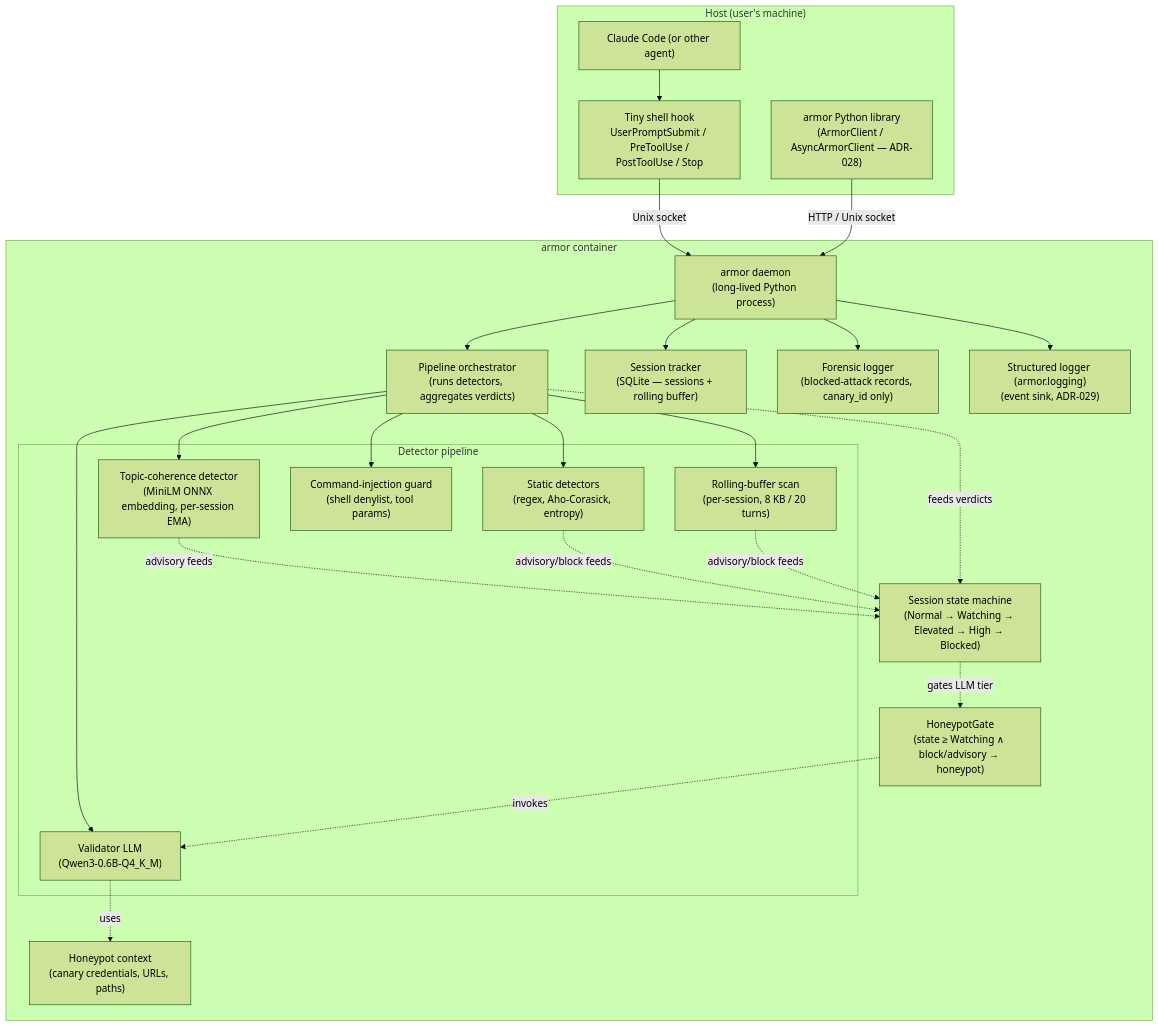
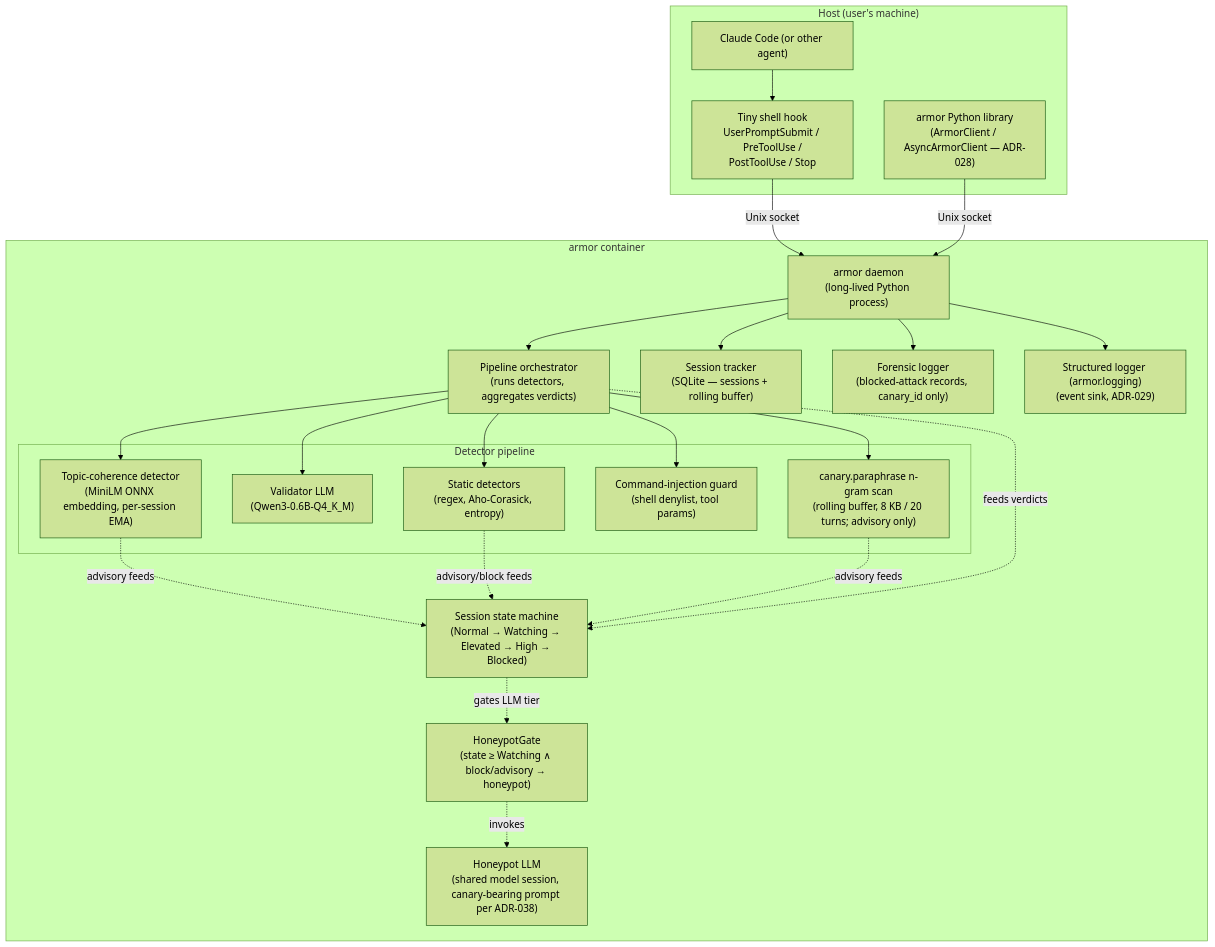
One commit to tkdtaylor/armor changed the second of 9 diagrams in docs/architecture/diagrams.md. Above: the diagram before and after it, drawn with Mermaid (forest theme). The commit also changed other lines of this file and 103 other files, not shown here.

````diff
--- a/docs/architecture/diagrams.md
+++ b/docs/architecture/diagrams.md
@@ -58,50 +58,49 @@
 ```mermaid
 flowchart TB
     subgraph Host["Host (user's machine)"]
         CC["Claude Code (or other agent)"]
         Hook["Tiny shell hook<br/>UserPromptSubmit / PreToolUse /<br/>PostToolUse / Stop"]
         Lib["armor Python library<br/>(ArmorClient / AsyncArmorClient — ADR-028)"]
     end
 
     subgraph Container["armor container"]
         Daemon["armor daemon<br/>(long-lived Python process)"]
 
         PipelineOrch["Pipeline orchestrator<br/>(runs detectors, aggregates verdicts)"]
 
         subgraph Detectors["Detector pipeline"]
             Static["Static detectors<br/>(regex, Aho-Corasick, entropy)"]
             Validator["Validator LLM<br/>(Qwen3-0.6B-Q4_K_M)"]
             Topic["Topic-coherence detector<br/>(MiniLM ONNX embedding, per-session EMA)"]
             CmdGuard["Command-injection guard<br/>(shell denylist, tool params)"]
-            Rolling["Rolling-buffer scan<br/>(per-session, 8 KB / 20 turns)"]
+            Rolling["canary.paraphrase n-gram scan<br/>(rolling buffer, 8 KB / 20 turns; advisory only)"]
         end
 
         HoneypotGate["HoneypotGate<br/>(state ≥ Watching ∧ block/advisory → honeypot)"]
 
         FSM["Session state machine<br/>(Normal → Watching → Elevated → High → Blocked)"]
         Session["Session tracker<br/>(SQLite — sessions + rolling buffer)"]
         Forensic["Forensic logger<br/>(blocked-attack records, canary_id only)"]
-        Honeypot["Honeypot context<br/>(canary credentials, URLs, paths)"]
+        Honeypot["Honeypot LLM<br/>(shared model session, canary-bearing prompt per ADR-038)"]
         Logger["Structured logger (armor.logging)<br/>(event sink, ADR-029)"]
     end
 
     CC --> Hook
     Hook -->|Unix socket| Daemon
-    Lib -->|HTTP / Unix socket| Daemon
+    Lib -->|Unix socket| Daemon
     Daemon --> PipelineOrch
     PipelineOrch --> Static
     PipelineOrch --> Validator
     PipelineOrch --> Topic
     PipelineOrch --> CmdGuard
     PipelineOrch --> Rolling
-    Validator -.uses.-> Honeypot
-    HoneypotGate -.invokes.-> Validator
+    HoneypotGate -.invokes.-> Honeypot
     Topic -.advisory feeds.-> FSM
     Static -.advisory/block feeds.-> FSM
-    Rolling -.advisory/block feeds.-> FSM
+    Rolling -.advisory feeds.-> FSM
     FSM -.gates LLM tier.-> HoneypotGate
     Daemon --> Session
     Daemon --> Forensic
     Daemon --> Logger
     PipelineOrch -.feeds verdicts.-> FSM
 ```
````
